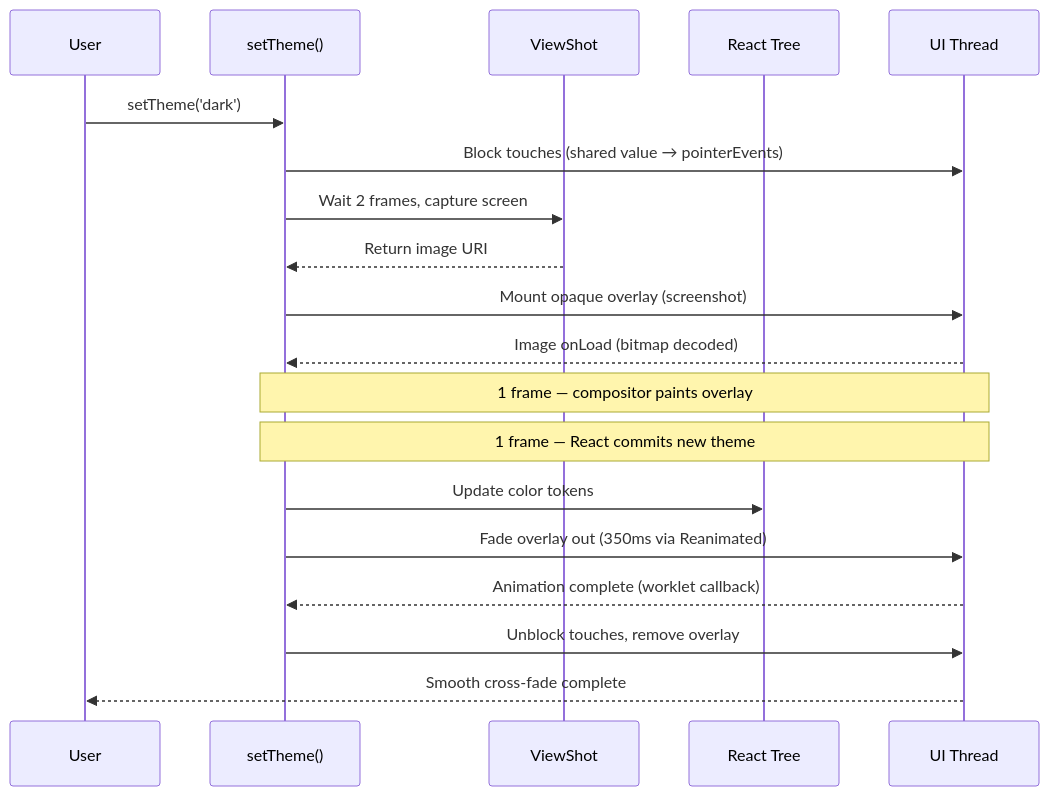
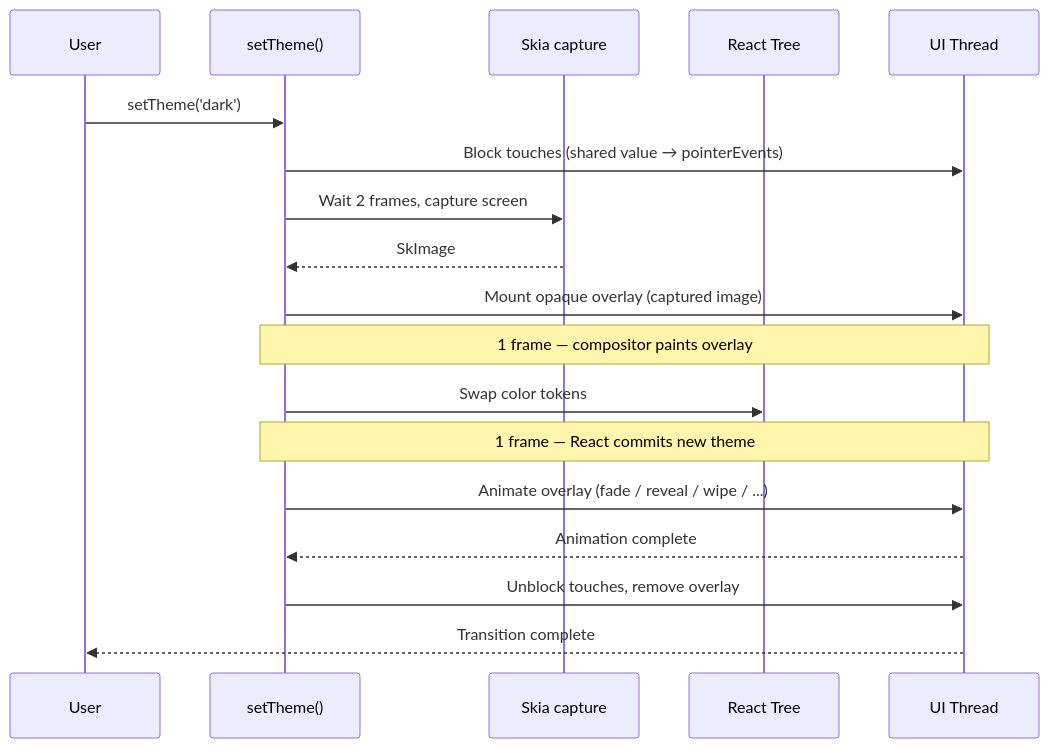
The diagram in docs/content/docs/guides/how-it-works.mdx (marioprieta/react-native-theme-transition), drawn with Mermaid before and after one commit. The commit also changed other lines of this file and 16 other files, not shown here.

````diff
--- a/docs/content/docs/guides/how-it-works.mdx
+++ b/docs/content/docs/guides/how-it-works.mdx
@@ -13,22 +14,21 @@
 ```mermaid
 sequenceDiagram
     participant User
     participant Hook as setTheme()
-    participant Shot as ViewShot
+    participant Skia as Skia capture
     participant React as React Tree
     participant UI as UI Thread
 
     User->>Hook: setTheme('dark')
     Hook->>UI: Block touches (shared value → pointerEvents)
-    Hook->>Shot: Wait 2 frames, capture screen
-    Shot-->>Hook: Return image URI
-    Hook->>UI: Mount opaque overlay (screenshot)
-    UI-->>Hook: Image onLoad (bitmap decoded)
+    Hook->>Skia: Wait 2 frames, capture screen
+    Skia-->>Hook: SkImage
+    Hook->>UI: Mount opaque overlay (captured image)
     Note over Hook,UI: 1 frame — compositor paints overlay
+    Hook->>React: Swap color tokens
     Note over Hook,UI: 1 frame — React commits new theme
-    Hook->>React: Update color tokens
-    Hook->>UI: Fade overlay out (350ms via Reanimated)
-    UI-->>Hook: Animation complete (worklet callback)
+    Hook->>UI: Animate overlay (fade / reveal / wipe / ...)
+    UI-->>Hook: Animation complete
     Hook->>UI: Unblock touches, remove overlay
-    UI-->>User: Smooth cross-fade complete
+    UI-->>User: Transition complete
 ```
````
